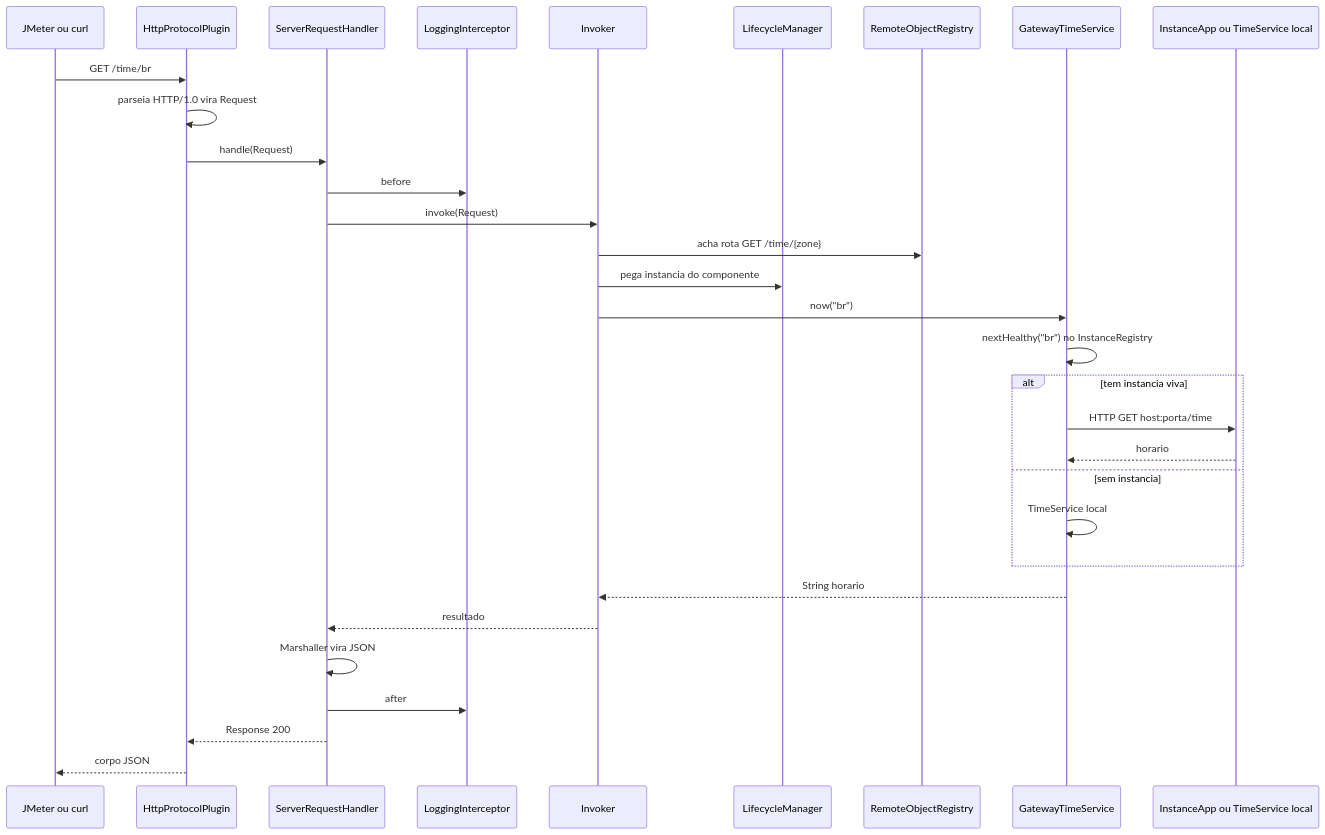
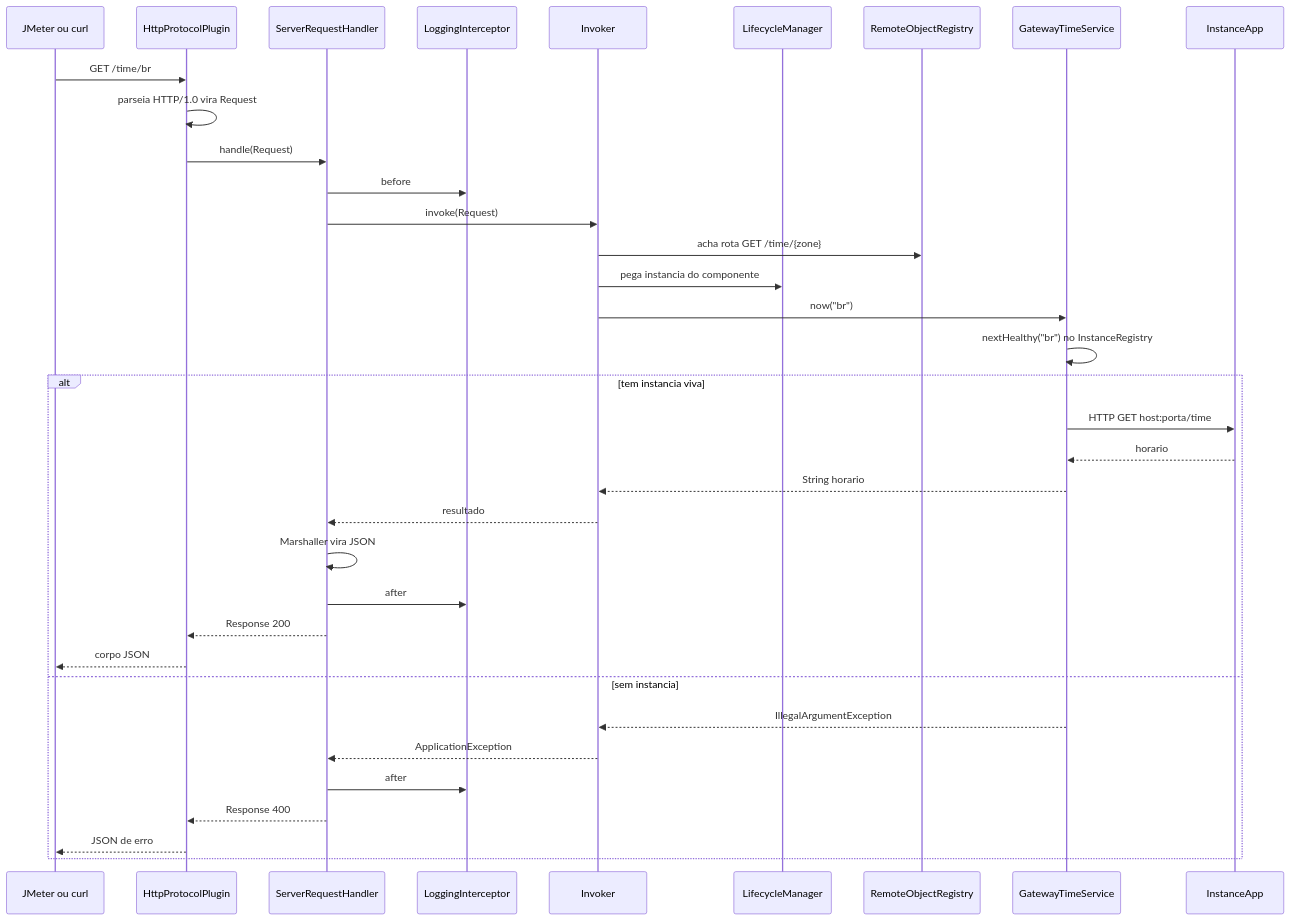
Before and after one commit to maycon-mdrs/middleware: the fifth of 6 diagrams in docs/como-funciona.md, drawn with Mermaid. The commit also changed other lines of this file and 2 other files, not shown here.

Commit message:
Refactor GatewayTimeService and update documentation
- Updated README to clarify the behavior of the GatewayApp when no healthy instances are available, emphasizing the HTTP 400 error response.
- Revised documentation to reflect changes in the flow of error handling and load balancing in the system.
- Modified GatewayTimeService to throw an IllegalArgumentException when no healthy instances are found, removing the local fallback mechanism.

````diff
--- a/docs/como-funciona.md
+++ b/docs/como-funciona.md
@@ -166,34 +164,38 @@
 ```mermaid
 sequenceDiagram
   participant C as JMeter ou curl
   participant HTTP as HttpProtocolPlugin
   participant SRH as ServerRequestHandler
   participant INT as LoggingInterceptor
   participant INV as Invoker
   participant LIFE as LifecycleManager
   participant REG as RemoteObjectRegistry
   participant APP as GatewayTimeService
-  participant BE as InstanceApp ou TimeService local
+  participant BE as InstanceApp
 
   C->>HTTP: GET /time/br
   HTTP->>HTTP: parseia HTTP/1.0 vira Request
   HTTP->>SRH: handle(Request)
   SRH->>INT: before
   SRH->>INV: invoke(Request)
   INV->>REG: acha rota GET /time/{zone}
   INV->>LIFE: pega instancia do componente
   INV->>APP: now("br")
   APP->>APP: nextHealthy("br") no InstanceRegistry
   alt tem instancia viva
     APP->>BE: HTTP GET host:porta/time
     BE-->>APP: horario
+    APP-->>INV: String horario
+    INV-->>SRH: resultado
+    SRH->>SRH: Marshaller vira JSON
+    SRH->>INT: after
+    SRH-->>HTTP: Response 200
+    HTTP-->>C: corpo JSON
   else sem instancia
-    APP->>APP: TimeService local
+    APP-->>INV: IllegalArgumentException
+    INV-->>SRH: ApplicationException
+    SRH->>INT: after
+    SRH-->>HTTP: Response 400
+    HTTP-->>C: JSON de erro
   end
-  APP-->>INV: String horario
-  INV-->>SRH: resultado
-  SRH->>SRH: Marshaller vira JSON
-  SRH->>INT: after
-  SRH-->>HTTP: Response 200
-  HTTP-->>C: corpo JSON
 ```
````
